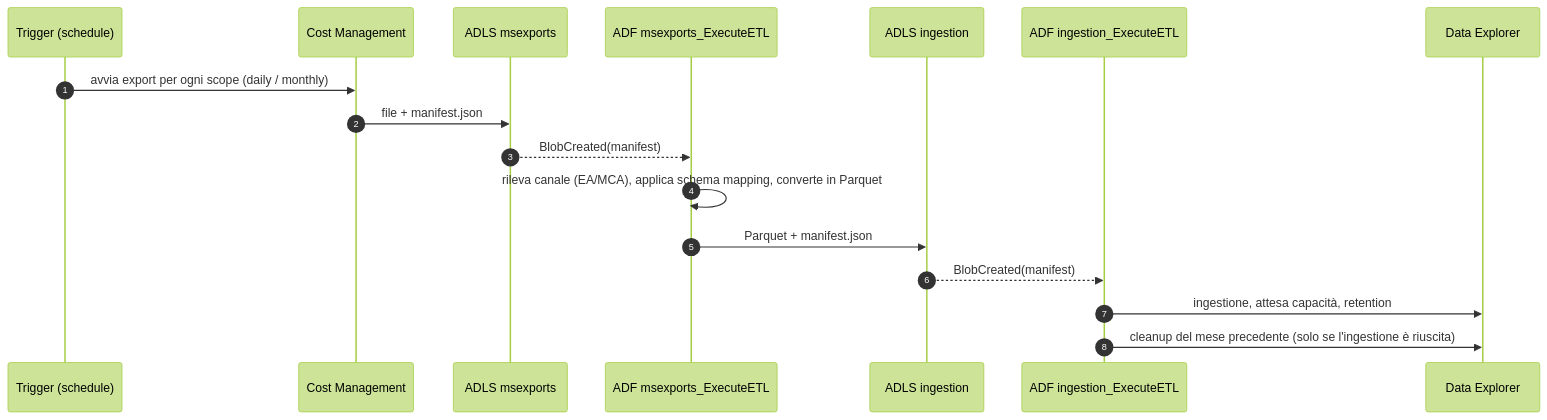
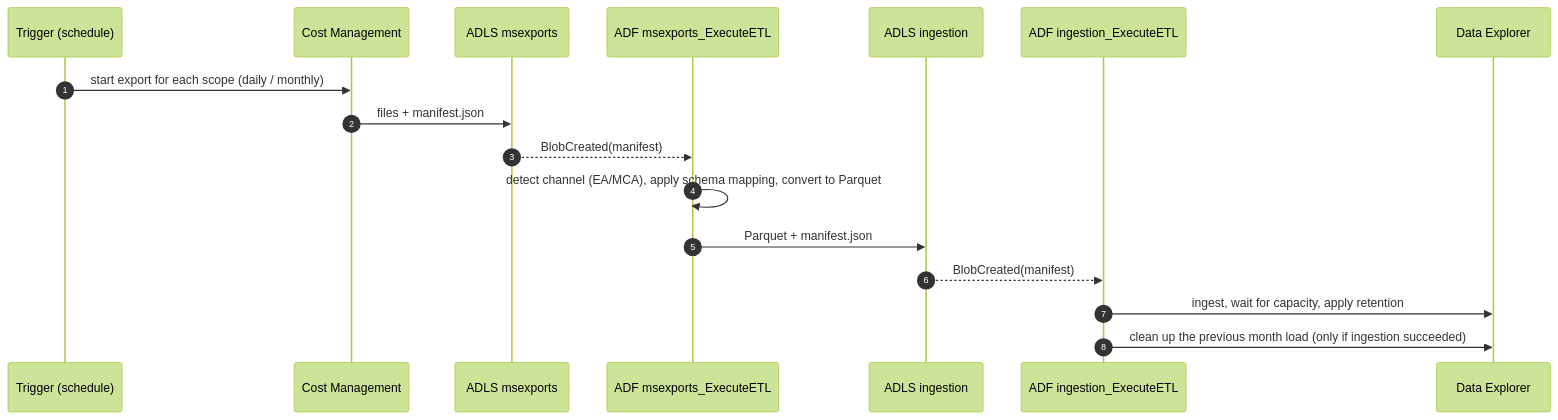
One commit to HARD-bit/azure-data-platform-case-study changed the second of 6 diagrams in README.md. Above: the diagram before and after it, drawn with Mermaid (forest theme). The commit also changed other lines of this file and 12 other files, not shown here.

````diff
--- a/README.md
+++ b/README.md
@@ -111,20 +111,20 @@
 ```mermaid
 sequenceDiagram
     autonumber
     participant T as Trigger (schedule)
     participant CM as Cost Management
     participant L1 as ADLS msexports
     participant P1 as ADF msexports_ExecuteETL
     participant L2 as ADLS ingestion
     participant P2 as ADF ingestion_ExecuteETL
     participant X as Data Explorer
 
-    T->>CM: avvia export per ogni scope (daily / monthly)
-    CM->>L1: file + manifest.json
+    T->>CM: start export for each scope (daily / monthly)
+    CM->>L1: files + manifest.json
     L1-->>P1: BlobCreated(manifest)
-    P1->>P1: rileva canale (EA/MCA), applica schema mapping, converte in Parquet
+    P1->>P1: detect channel (EA/MCA), apply schema mapping, convert to Parquet
     P1->>L2: Parquet + manifest.json
     L2-->>P2: BlobCreated(manifest)
-    P2->>X: ingestione, attesa capacità, retention
-    P2->>X: cleanup del mese precedente (solo se l'ingestione è riuscita)
+    P2->>X: ingest, wait for capacity, apply retention
+    P2->>X: clean up the previous month load (only if ingestion succeeded)
 ```
````
